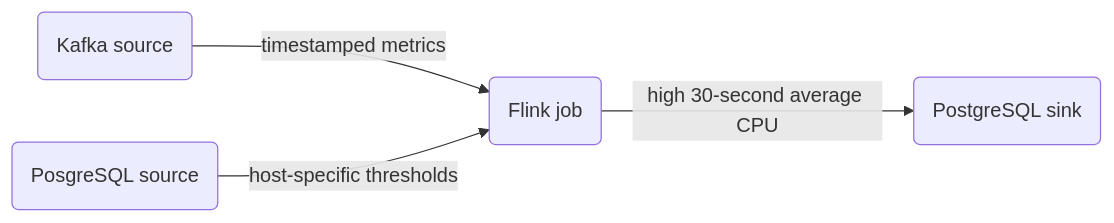
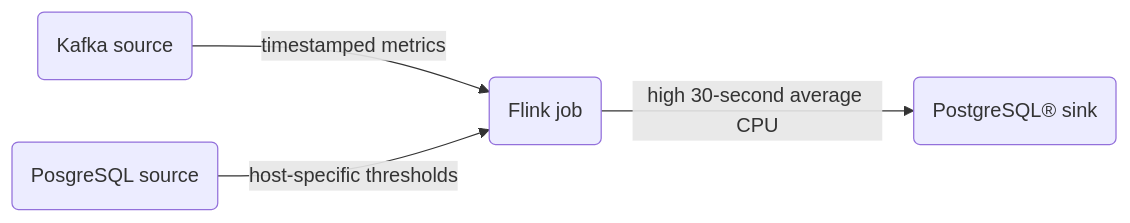
Before and after one commit to aiven/devportal: the fifth of 5 diagrams in docs/products/flink/howto/real-time-alerting-solution-cli.rst, drawn with Mermaid. The commit also changed other lines of this file and 20 other files, not shown here.

```diff
--- a/docs/products/flink/howto/real-time-alerting-solution-cli.rst
+++ b/docs/products/flink/howto/real-time-alerting-solution-cli.rst
@@ -456,7 +456,7 @@
 .. mermaid::
 
     graph LR;
 
         id1(Kafka source)-- timestamped metrics -->id3(Flink job);
 		id2(PosgreSQL source)-- host-specific thresholds -->id3;
-        id3-- high 30-second average CPU -->id4(PostgreSQL sink);
+        id3-- high 30-second average CPU -->id4(PostgreSQL® sink);
```
